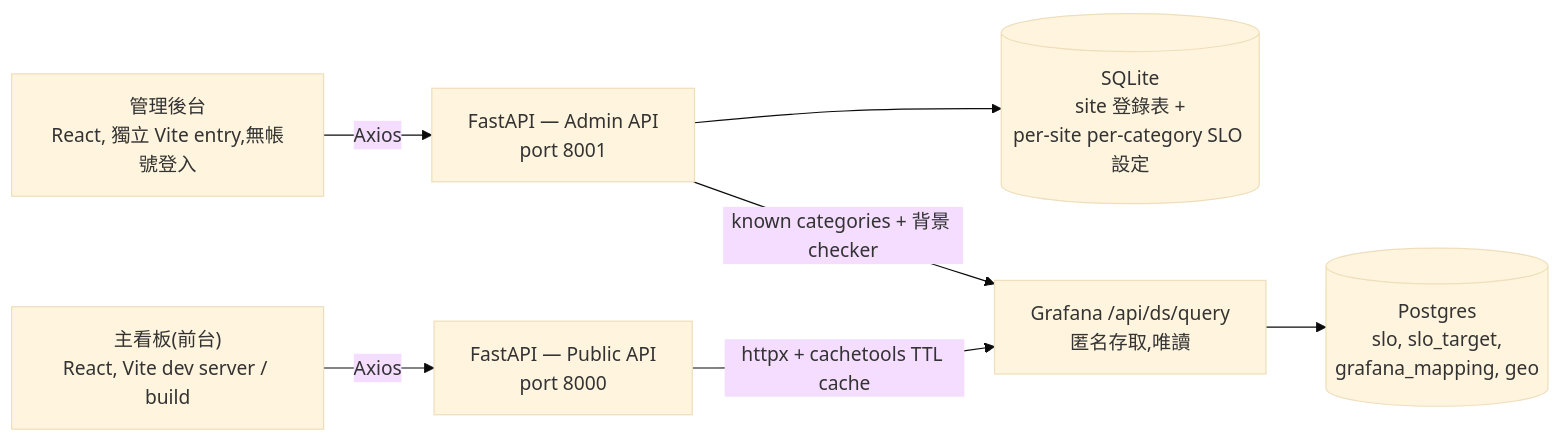
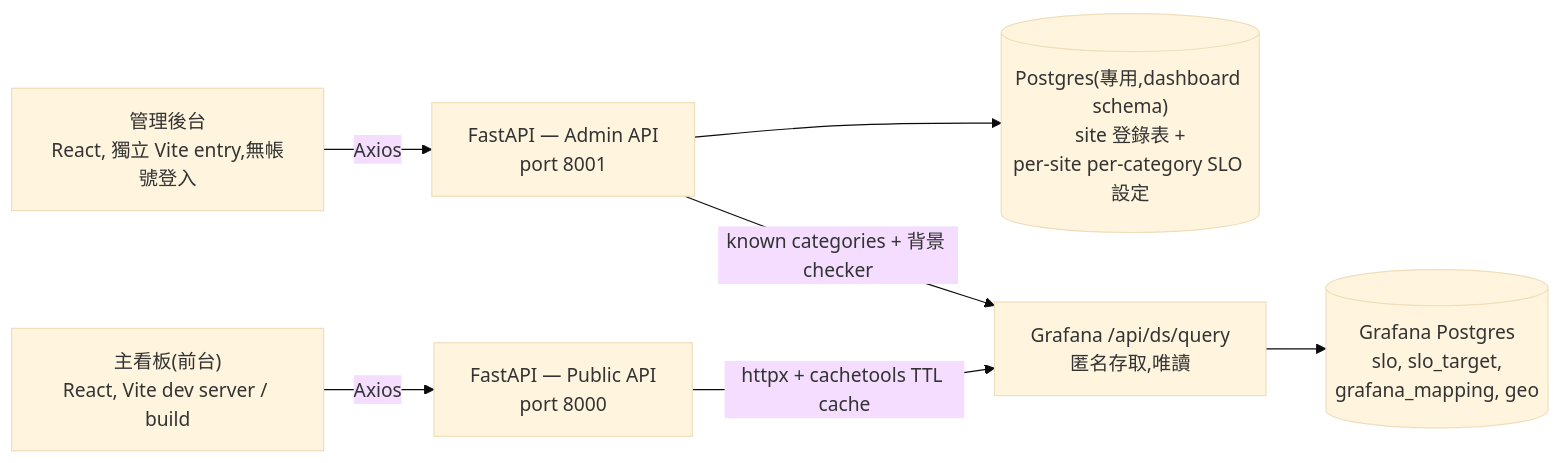
Before and after one commit to taiynlee/wwsre-dashboard: the diagram in README.md, drawn with Mermaid (base theme). The commit also changed other lines of this file and 19 other files, not shown here.

First line of the commit message:
Migrate registry DB from SQLite to a dedicated Postgres instance

````diff
--- a/README.md
+++ b/README.md
@@ -17,17 +17,17 @@
 ```mermaid
 flowchart LR
     Public["主看板(前台)<br/>React, Vite dev server / build"]
     Admin["管理後台<br/>React, 獨立 Vite entry,無帳號登入"]
     PublicAPI["FastAPI — Public API<br/>port 8000"]
     AdminAPI["FastAPI — Admin API<br/>port 8001"]
-    SQLite[("SQLite<br/>site 登錄表 +<br/>per-site per-category SLO 設定")]
+    RegistryPG[("Postgres(專用,dashboard schema)<br/>site 登錄表 +<br/>per-site per-category SLO 設定")]
     Grafana["Grafana /api/ds/query<br/>匿名存取,唯讀"]
-    Postgres[("Postgres<br/>slo, slo_target,<br/>grafana_mapping, geo")]
+    Postgres[("Grafana Postgres<br/>slo, slo_target,<br/>grafana_mapping, geo")]
 
     Public -- Axios --> PublicAPI
     Admin -- Axios --> AdminAPI
     PublicAPI -- "httpx + cachetools TTL cache" --> Grafana
-    AdminAPI --> SQLite
+    AdminAPI --> RegistryPG
     AdminAPI -- "known categories + 背景 checker" --> Grafana
     Grafana --> Postgres
 ```
````
